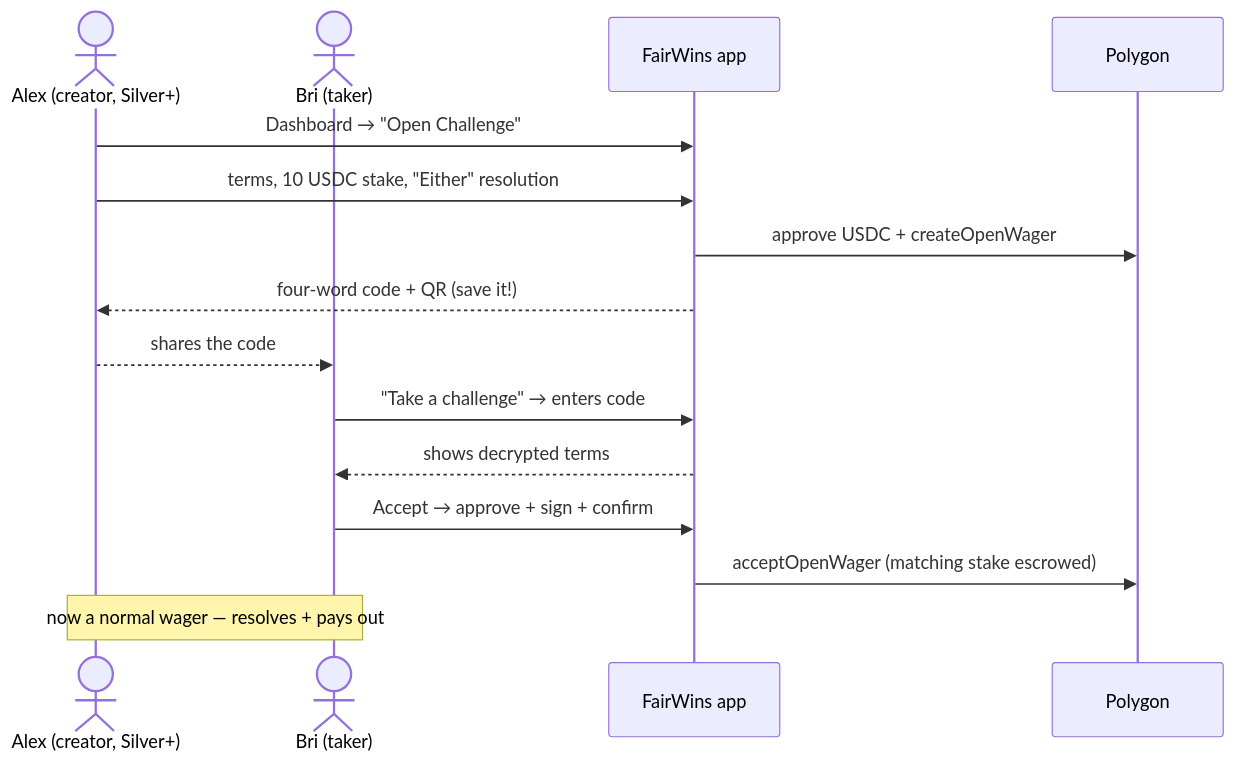
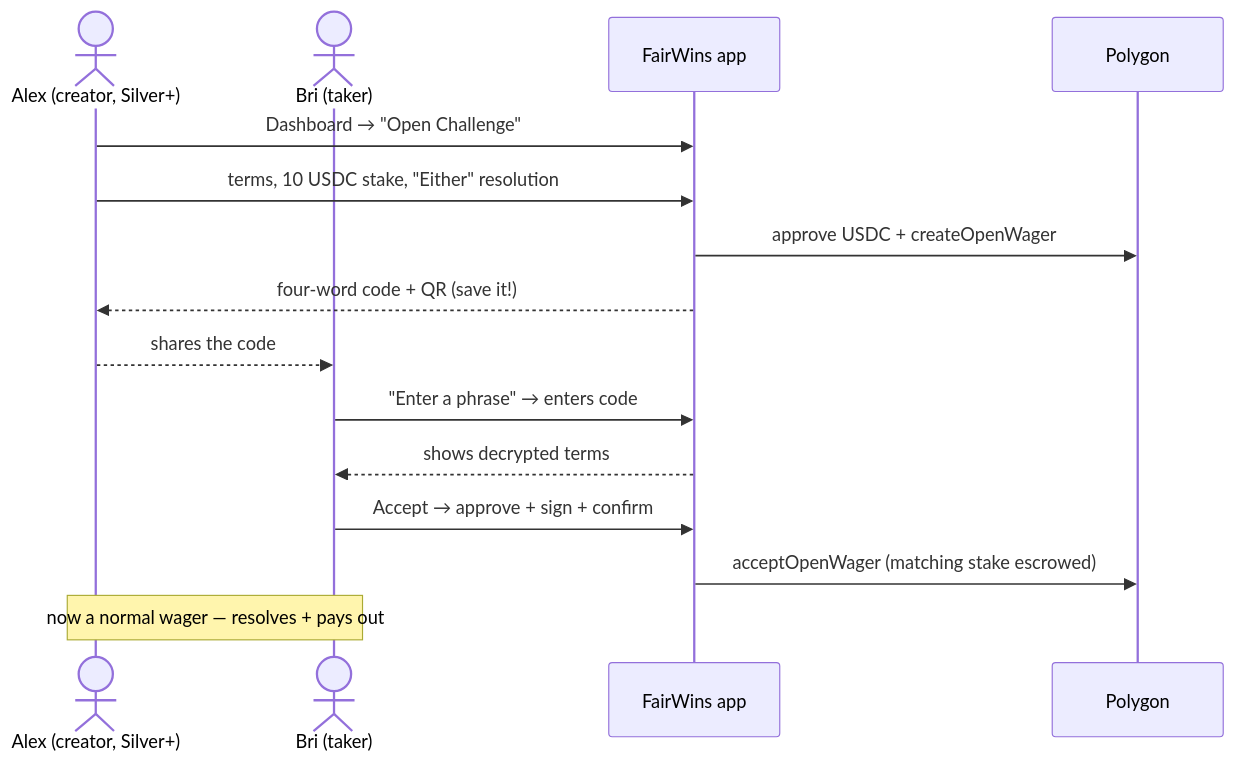
Before and after one commit to chippr-robotics/prediction-dao-research: the third of 4 diagrams in docs/user-guide/user-journeys.md, drawn with Mermaid. The commit also changed 2 other files, not shown here.

Commit message:
docs(037): polish — user-guide copy + dead-ref sweep
- Update the open-challenge user guide + journey diagram to the unified
  "Enter a phrase" entry point (works for challenges and pools) (T032).
- Dead-reference sweep clean; full frontend suite green apart from 4
  pre-existing AddressBookPanel failures that also fail on origin/main
  (unrelated to this feature) (T030/T034). New/changed files ESLint-clean
  with accessibility built in (T031).

Claude-Session: https://claude.ai/code/session_01LEDqX9MRrBm8ob2vjaEskX

````diff
--- a/docs/user-guide/user-journeys.md
+++ b/docs/user-guide/user-journeys.md
@@ -126,18 +126,18 @@
 ```mermaid
 sequenceDiagram
     actor A as Alex (creator, Silver+)
     actor B as Bri (taker)
     participant App as FairWins app
     participant Chain as Polygon
 
     A->>App: Dashboard → "Open Challenge"
     A->>App: terms, 10 USDC stake, "Either" resolution
     App->>Chain: approve USDC + createOpenWager
     App-->>A: four-word code + QR  (save it!)
     A-->>B: shares the code
-    B->>App: "Take a challenge" → enters code
+    B->>App: "Enter a phrase" → enters code
     App-->>B: shows decrypted terms
     B->>App: Accept → approve + sign + confirm
     App->>Chain: acceptOpenWager (matching stake escrowed)
     Note over A,B: now a normal wager — resolves + pays out
 ```
````
